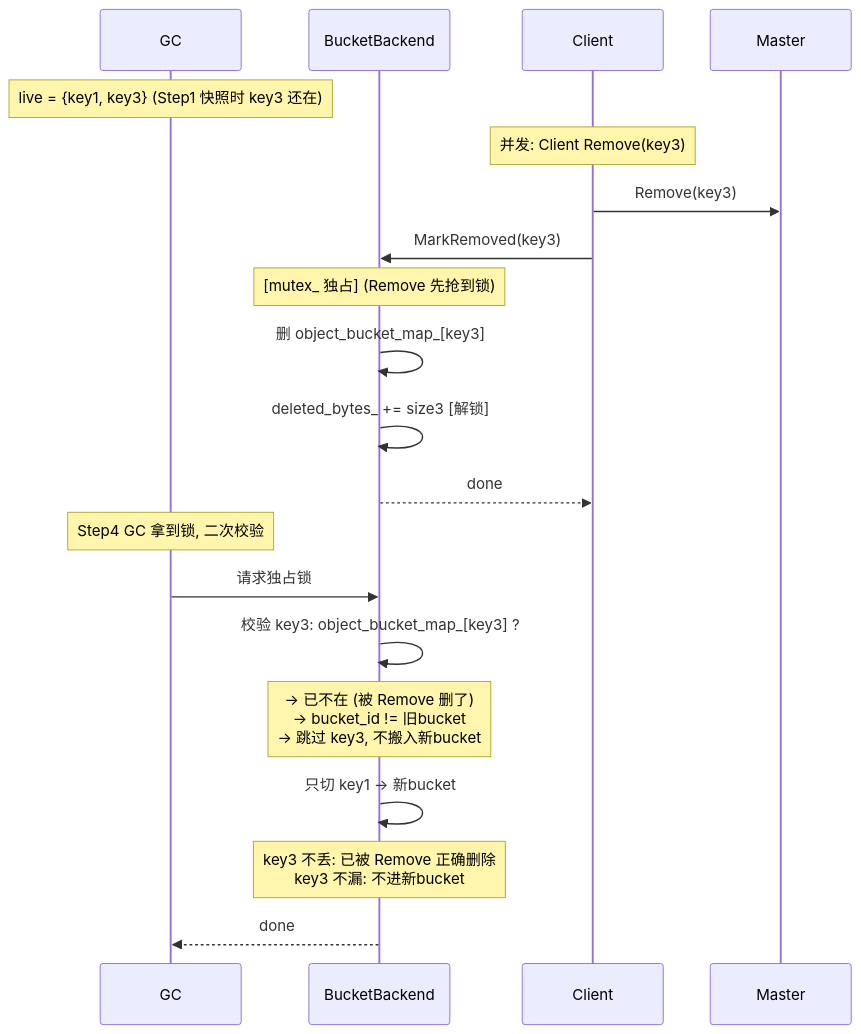
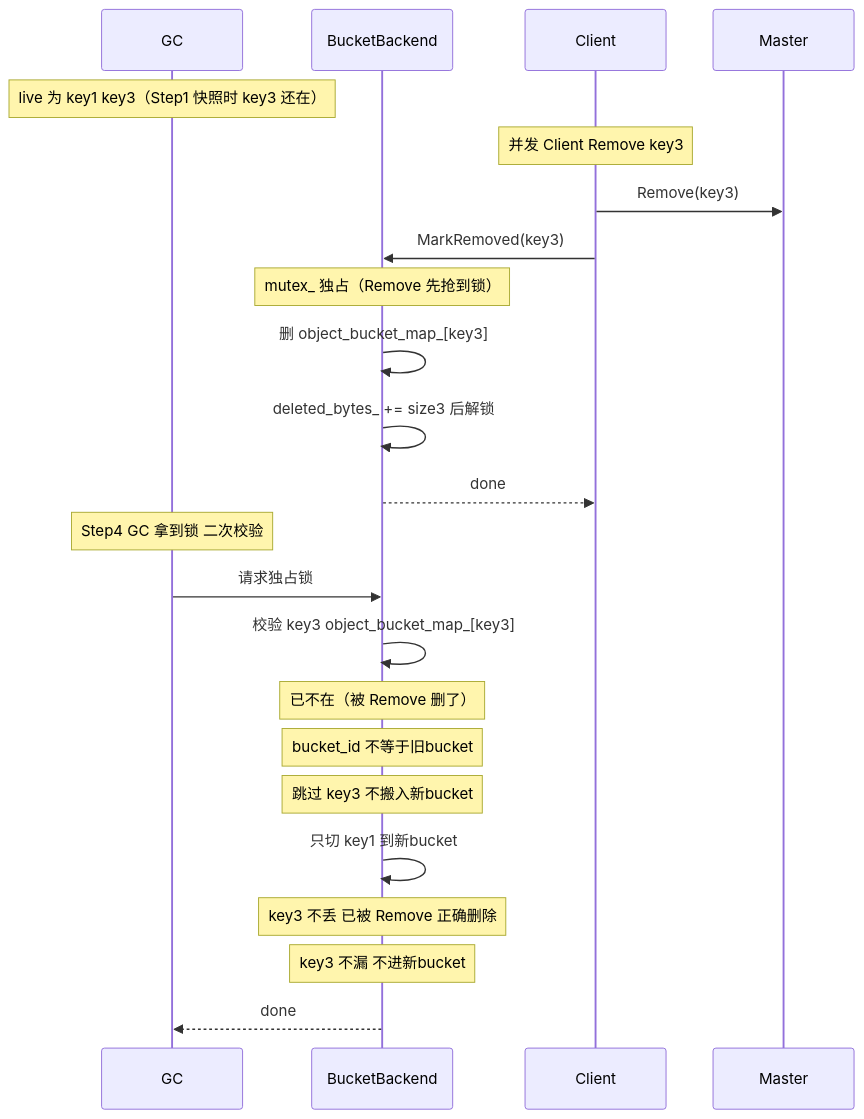
One commit to LinQuickDev/Mooncake changed the fourth of 4 diagrams in docs/superpowers/specs/2026-06-25-ssd-explicit-delete-gc-design.md. Above: the diagram before and after it, drawn with Mermaid. The commit also changed other lines of this file, not shown here.

First line of the commit message:
docs: fix mermaid syntax errors in sequence diagrams

````diff
--- a/docs/superpowers/specs/2026-06-25-ssd-explicit-delete-gc-design.md
+++ b/docs/superpowers/specs/2026-06-25-ssd-explicit-delete-gc-design.md
@@ -626,25 +639,28 @@
 ```mermaid
 sequenceDiagram
     participant GC
     participant BB as BucketBackend
     participant Client
     participant Master
 
-    Note over GC: live = {key1, key3} (Step1 快照时 key3 还在)
+    Note over GC: live 为 key1 key3（Step1 快照时 key3 还在）
 
-    Note over Client: 并发: Client Remove(key3)
+    Note over Client: 并发 Client Remove key3
     Client->>Master: Remove(key3)
     Client->>BB: MarkRemoved(key3)
-    Note over BB: [mutex_ 独占] (Remove 先抢到锁)
+    Note over BB: mutex_ 独占（Remove 先抢到锁）
     BB->>BB: 删 object_bucket_map_[key3]
-    BB->>BB: deleted_bytes_ += size3 [解锁]
+    BB->>BB: deleted_bytes_ += size3 后解锁
     BB-->>Client: done
 
-    Note over GC: Step4 GC 拿到锁, 二次校验
+    Note over GC: Step4 GC 拿到锁 二次校验
     GC->>BB: 请求独占锁
-    BB->>BB: 校验 key3: object_bucket_map_[key3] ?
-    Note over BB: → 已不在 (被 Remove 删了)<br/>→ bucket_id != 旧bucket<br/>→ 跳过 key3, 不搬入新bucket
-    BB->>BB: 只切 key1 → 新bucket
-    Note over BB: key3 不丢: 已被 Remove 正确删除<br/>key3 不漏: 不进新bucket
+    BB->>BB: 校验 key3 object_bucket_map_[key3]
+    Note over BB: 已不在（被 Remove 删了）
+    Note over BB: bucket_id 不等于旧bucket
+    Note over BB: 跳过 key3 不搬入新bucket
+    BB->>BB: 只切 key1 到新bucket
+    Note over BB: key3 不丢 已被 Remove 正确删除
+    Note over BB: key3 不漏 不进新bucket
     BB-->>GC: done
 ```
````
